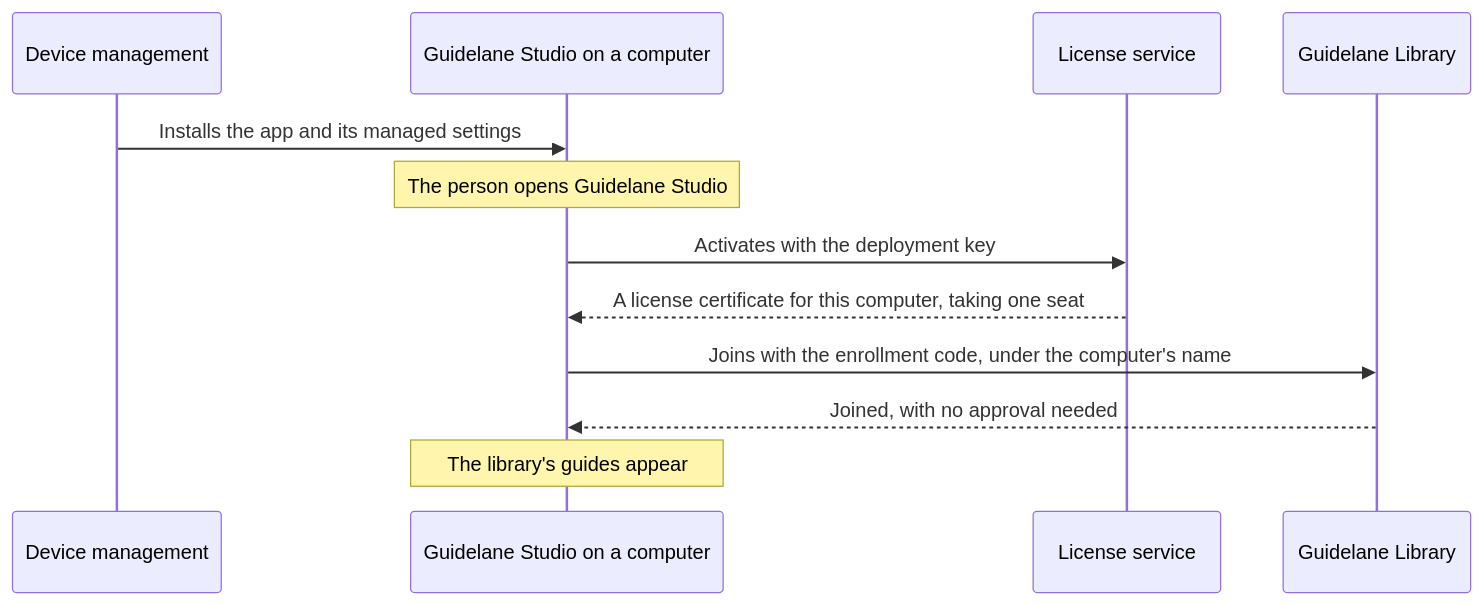
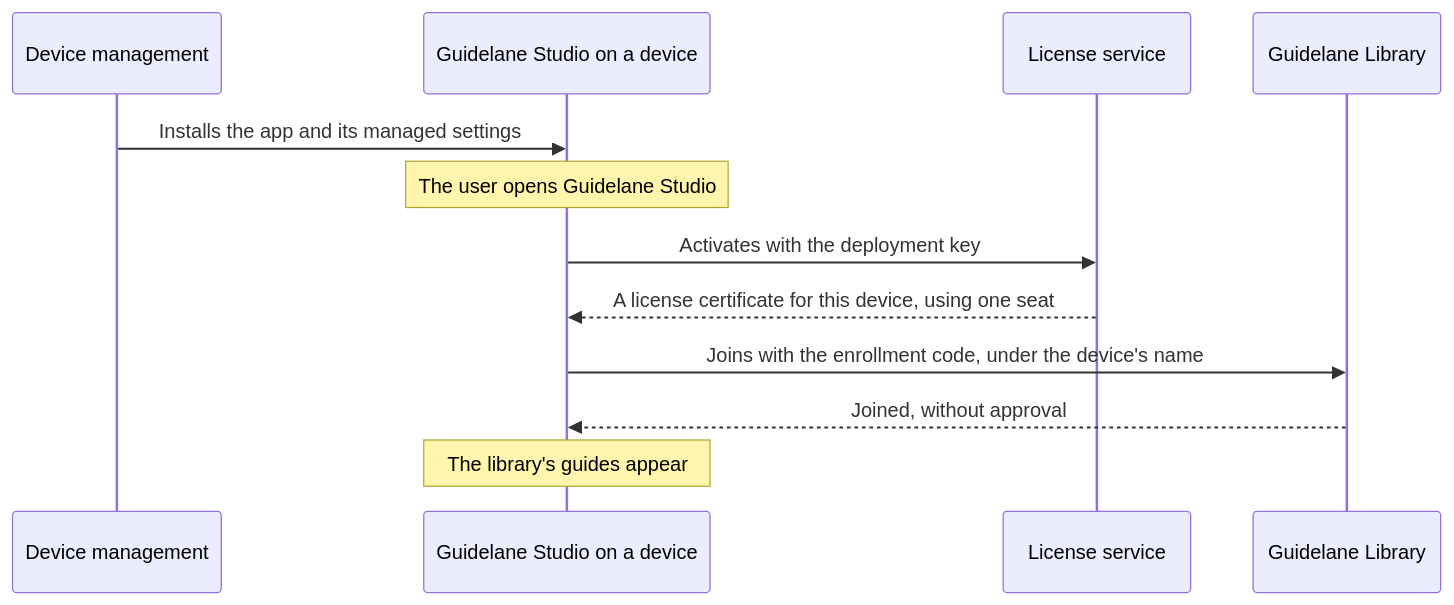
Before and after one commit to guidelane-io/guidelane-library: the diagram in docs/managed-devices.md, drawn with Mermaid. The commit also changed other lines of this file and 19 other files, not shown here.

````diff
--- a/docs/managed-devices.md
+++ b/docs/managed-devices.md
@@ -14,14 +14,14 @@
 ```mermaid
 sequenceDiagram
     participant MDM as Device management
-    participant Mac as Guidelane Studio on a computer
+    participant Mac as Guidelane Studio on a device
     participant Licenses as License service
     participant Library as Guidelane Library
     MDM->>Mac: Installs the app and its managed settings
-    Note over Mac: The person opens Guidelane Studio
+    Note over Mac: The user opens Guidelane Studio
     Mac->>Licenses: Activates with the deployment key
-    Licenses-->>Mac: A license certificate for this computer, taking one seat
-    Mac->>Library: Joins with the enrollment code, under the computer's name
-    Library-->>Mac: Joined, with no approval needed
+    Licenses-->>Mac: A license certificate for this device, using one seat
+    Mac->>Library: Joins with the enrollment code, under the device's name
+    Library-->>Mac: Joined, without approval
     Note over Mac: The library's guides appear
 ```
````
